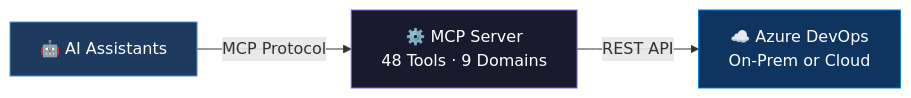
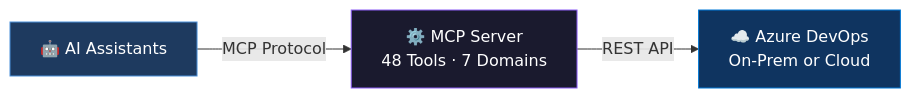
The first of 3 diagrams in README.md (burcusipahioglu/azure-devops-mcp-onprem), drawn with Mermaid before and after one commit. The commit also changed other lines of this file, not shown here.

````diff
--- a/README.md
+++ b/README.md
@@ -49,9 +58,9 @@
 ```mermaid
 graph LR
-    A["🤖 AI Assistants"] -->|MCP Protocol| B["⚙️ MCP Server<br/>48 Tools · 9 Domains"]
+    A["🤖 AI Assistants"] -->|MCP Protocol| B["⚙️ MCP Server<br/>48 Tools · 7 Domains"]
     B -->|REST API| C["☁️ Azure DevOps<br/>On-Prem or Cloud"]
 
     style A fill:#1e3a5f,stroke:#4a90d9,color:#fff
     style B fill:#1a1a2e,stroke:#8B5CF6,color:#fff
     style C fill:#0f3460,stroke:#0078D7,color:#fff
 ```
````
